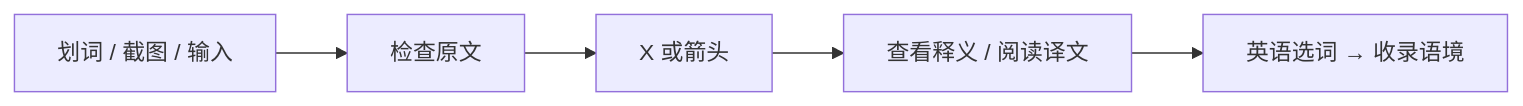
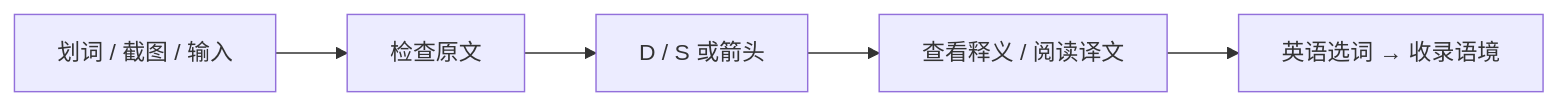
Before and after one commit to conanxyz/yurelay: the diagram in README_cn.md, drawn with Mermaid. The commit also changed other lines of this file and 38 other files, not shown here.

````diff
--- a/README_cn.md
+++ b/README_cn.md
@@ -34,7 +54,7 @@
 ```mermaid
 flowchart LR
     A["划词 / 截图 / 输入"] --> B["检查原文"]
-    B --> C["X 或箭头"]
+    B --> C["D / S 或箭头"]
     C --> D["查看释义 / 阅读译文"]
     D --> E["英语选词 → 收录语境"]
 ```
````
